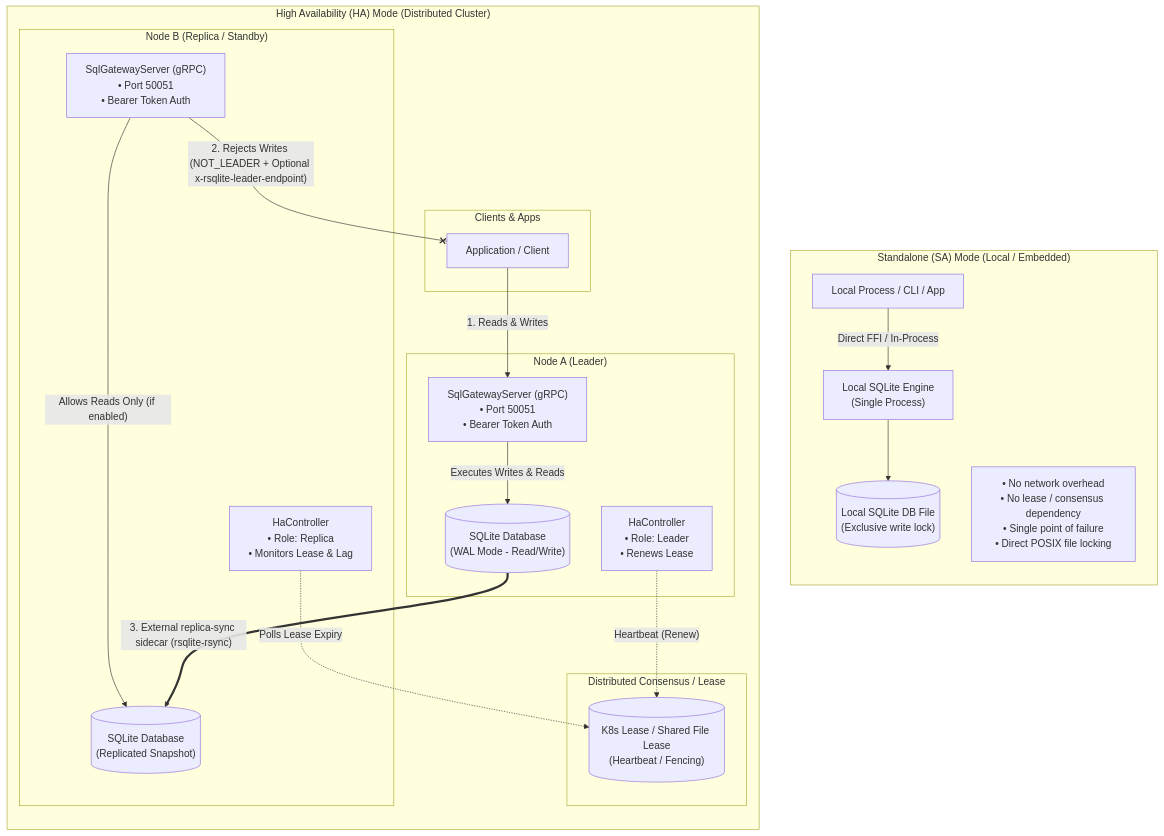
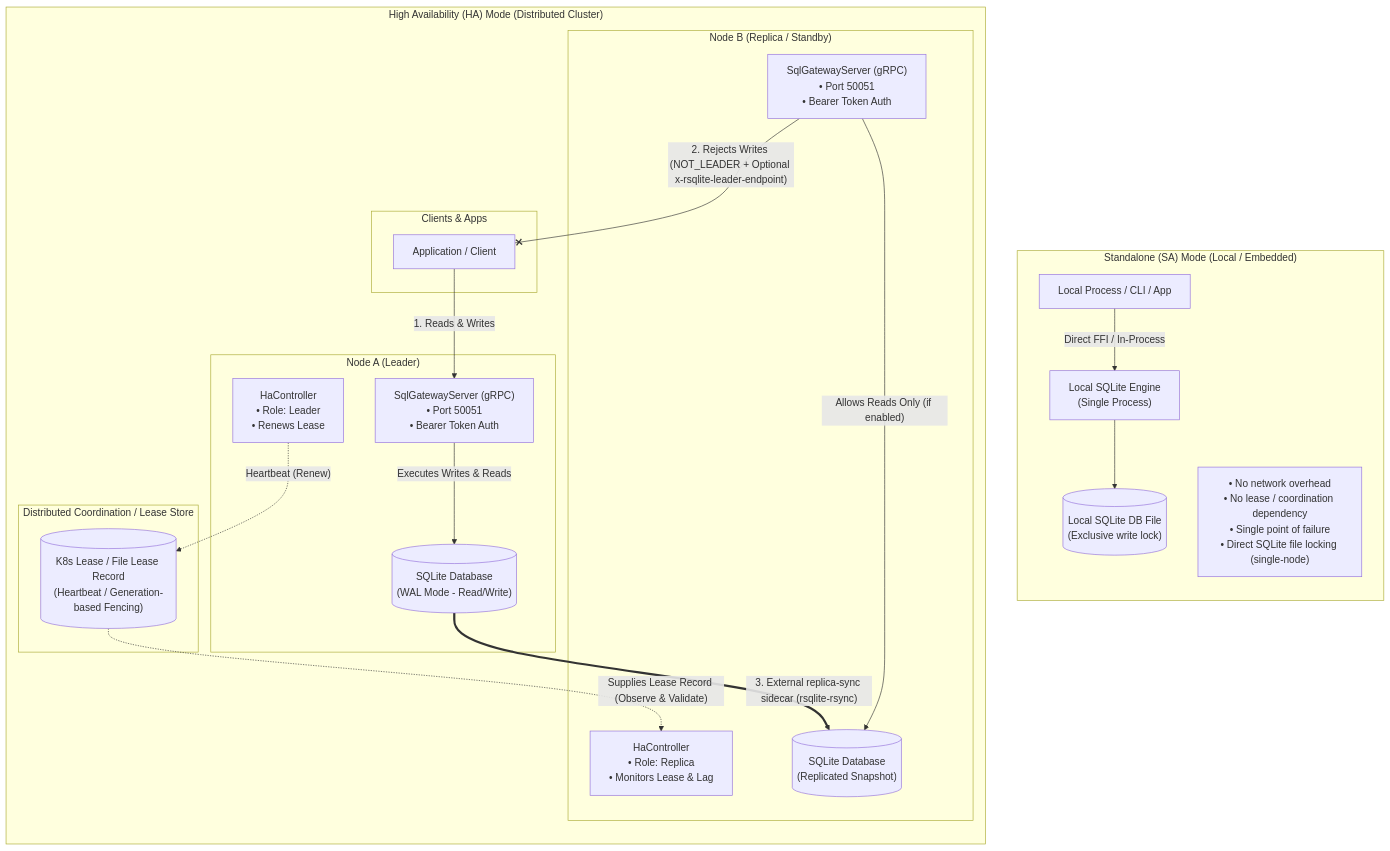
One commit to sria91/rsqlite-rsync changed the eighth of 12 diagrams in docs/architecture-diagrams.md. Above: the diagram before and after it, drawn with Mermaid. The commit also changed other lines of this file, not shown here.

Commit message:
docs(docs/architecture-diagrams): address CodeRabbit review feedback on lease coordination and fencing

````diff
--- a/docs/architecture-diagrams.md
+++ b/docs/architecture-diagrams.md
@@ -299,45 +299,45 @@
 ```mermaid
 flowchart TB
     subgraph SA["Standalone (SA) Mode (Local / Embedded)"]
         direction TB
         SA_User["Local Process / CLI / App"] -->|"Direct FFI / In-Process"| SA_Engine["Local SQLite Engine<br/>(Single Process)"]
         SA_Engine --> SA_DB[("Local SQLite DB File<br/>(Exclusive write lock)")]
         
-        SA_Note["• No network overhead<br/>• No lease / consensus dependency<br/>• Single point of failure<br/>• Direct POSIX file locking"]
+        SA_Note["• No network overhead<br/>• No lease / coordination dependency<br/>• Single point of failure<br/>• Direct SQLite file locking (single-node)"]
     end
 
     subgraph HA["High Availability (HA) Mode (Distributed Cluster)"]
         direction TB
         
         subgraph HA_Clients["Clients & Apps"]
             HA_App["Application / Client"]
         end
 
-        subgraph HA_LeaseStore["Distributed Consensus / Lease"]
-            HA_Lease[("K8s Lease / Shared File Lease<br/>(Heartbeat / Fencing)")]
+        subgraph HA_LeaseStore["Distributed Coordination / Lease Store"]
+            HA_Lease[("K8s Lease / File Lease Record<br/>(Heartbeat / Generation-based Fencing)")]
         end
 
         subgraph HA_Leader["Node A (Leader)"]
             L_GW["SqlGatewayServer (gRPC)<br/>• Port 50051<br/>• Bearer Token Auth"]
             L_Ctrl["HaController<br/>• Role: Leader<br/>• Renews Lease"]
             L_DB[("SQLite Database<br/>(WAL Mode - Read/Write)")]
             
             L_Ctrl -.->|"Heartbeat (Renew)"| HA_Lease
             L_GW -->|"Executes Writes & Reads"| L_DB
         end
 
         subgraph HA_Replica["Node B (Replica / Standby)"]
             R_GW["SqlGatewayServer (gRPC)<br/>• Port 50051<br/>• Bearer Token Auth"]
             R_Ctrl["HaController<br/>• Role: Replica<br/>• Monitors Lease & Lag"]
             R_DB[("SQLite Database<br/>(Replicated Snapshot)")]
             
-            R_Ctrl -.->|"Polls Lease Expiry"| HA_Lease
+            HA_Lease -.->|"Supplies Lease Record (Observe & Validate)"| R_Ctrl
             R_GW -->|"Allows Reads Only (if enabled)"| R_DB
         end
 
         HA_App -->|"1. Reads & Writes"| L_GW
         R_GW --x|"2. Rejects Writes (NOT_LEADER + Optional x-rsqlite-leader-endpoint)"| HA_App
 
         L_DB ==>|"3. External replica-sync sidecar (rsqlite-rsync)"| R_DB
     end
 ```
````
